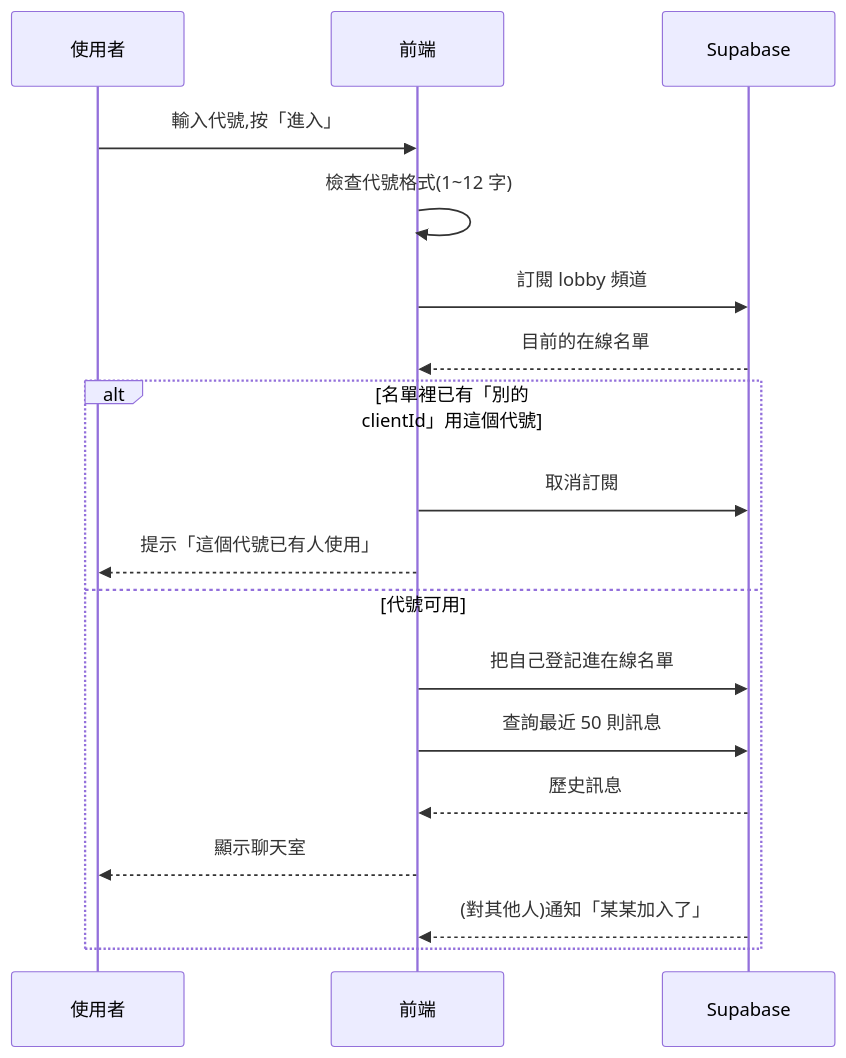
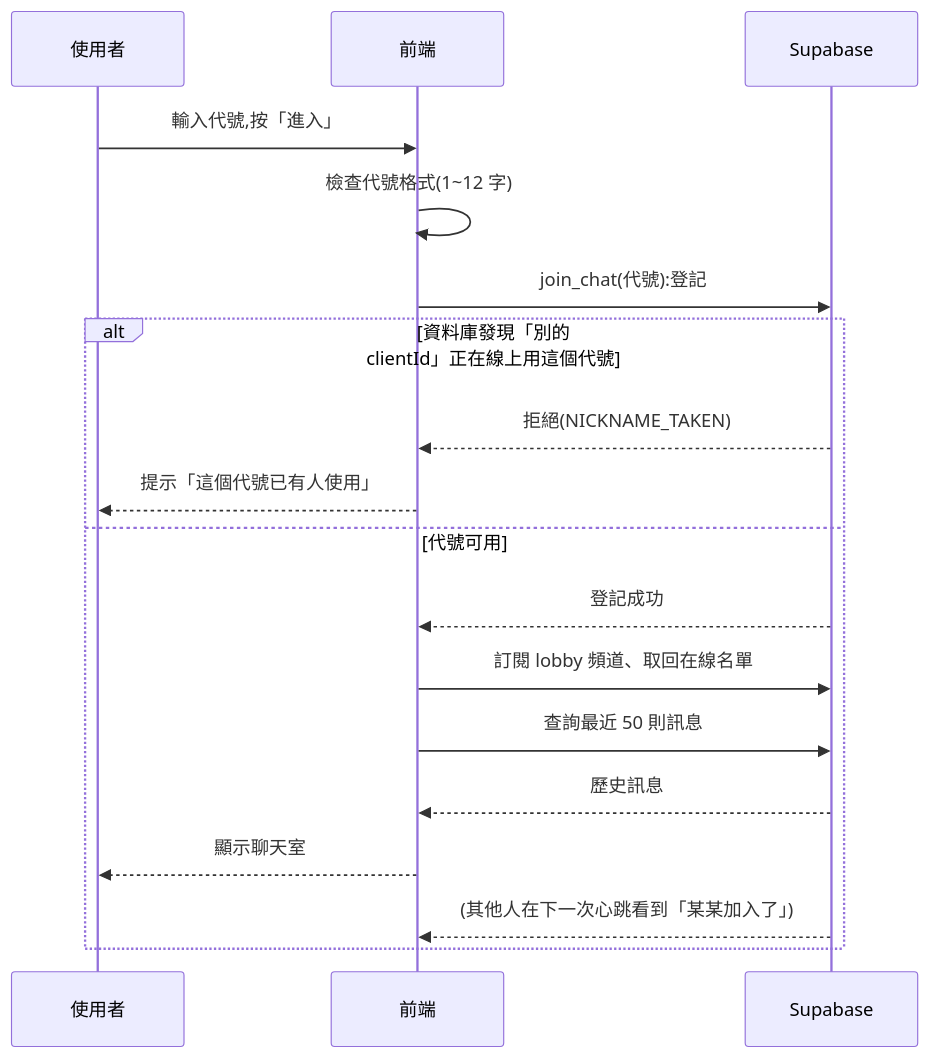
One commit to 411332032-ops/20261013 changed the third of 5 diagrams in docs/architecture.md. Above: the diagram before and after it, drawn with Mermaid. The commit also changed other lines of this file and 2 other files, not shown here.

````diff
--- a/docs/architecture.md
+++ b/docs/architecture.md
@@ -214,21 +214,21 @@
 ```mermaid
 sequenceDiagram
     participant U as 使用者
     participant F as 前端
     participant S as Supabase
 
     U->>F: 輸入代號,按「進入」
     F->>F: 檢查代號格式(1~12 字)
-    F->>S: 訂閱 lobby 頻道
-    S-->>F: 目前的在線名單
-    alt 名單裡已有「別的 clientId」用這個代號
-        F->>S: 取消訂閱
+    F->>S: join_chat(代號):登記
+    alt 資料庫發現「別的 clientId」正在線上用這個代號
+        S-->>F: 拒絕(NICKNAME_TAKEN)
         F-->>U: 提示「這個代號已有人使用」
     else 代號可用
-        F->>S: 把自己登記進在線名單
+        S-->>F: 登記成功
+        F->>S: 訂閱 lobby 頻道、取回在線名單
         F->>S: 查詢最近 50 則訊息
         S-->>F: 歷史訊息
         F-->>U: 顯示聊天室
-        S-->>F: (對其他人)通知「某某加入了」
+        S-->>F: (其他人在下一次心跳看到「某某加入了」)
     end
 ```
````
